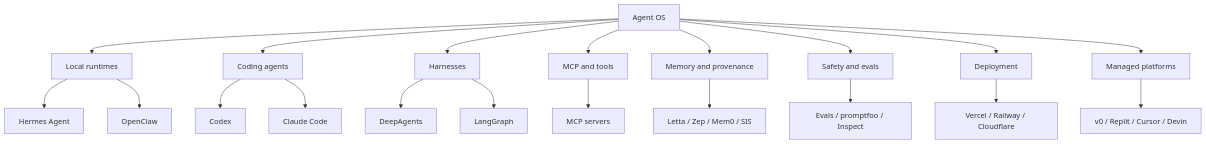
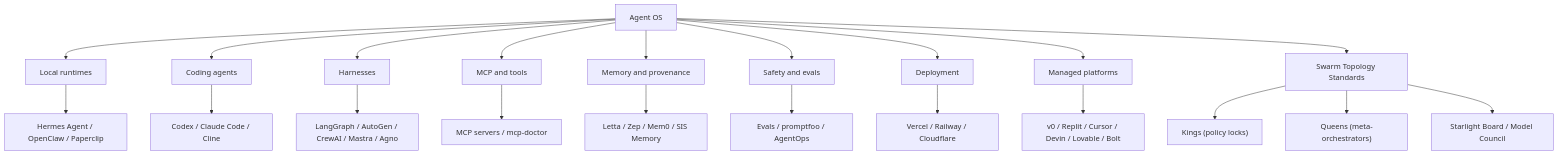
One commit to frankxai/awesome-agent-operating-systems changed the diagram in docs/landscape-map.md. Above: the diagram before and after it, drawn with Mermaid. The commit also changed 1 other file, not shown here.

Commit message:
docs: add Mastra, Agno, Paperclip, and Swarm Topology Standards to index

````diff
--- a/docs/landscape-map.md
+++ b/docs/landscape-map.md
@@ -3,22 +3,23 @@
 ```mermaid
 flowchart TB
   A["Agent OS"] --> B["Local runtimes"]
   A --> C["Coding agents"]
   A --> D["Harnesses"]
   A --> E["MCP and tools"]
   A --> F["Memory and provenance"]
   A --> G["Safety and evals"]
   A --> H["Deployment"]
   A --> I["Managed platforms"]
-  B --> B1["Hermes Agent"]
-  B --> B2["OpenClaw"]
-  C --> C1["Codex"]
-  C --> C2["Claude Code"]
-  D --> D1["DeepAgents"]
-  D --> D2["LangGraph"]
-  E --> E1["MCP servers"]
-  F --> F1["Letta / Zep / Mem0 / SIS"]
-  G --> G1["Evals / promptfoo / Inspect"]
+  A --> K["Swarm Topology Standards"]
+  B --> B1["Hermes Agent / OpenClaw / Paperclip"]
+  C --> C1["Codex / Claude Code / Cline"]
+  D --> D1["LangGraph / AutoGen / CrewAI / Mastra / Agno"]
+  E --> E1["MCP servers / mcp-doctor"]
+  F --> F1["Letta / Zep / Mem0 / SIS Memory"]
+  G --> G1["Evals / promptfoo / AgentOps"]
   H --> H1["Vercel / Railway / Cloudflare"]
-  I --> I1["v0 / Replit / Cursor / Devin"]
+  I --> I1["v0 / Replit / Cursor / Devin / Lovable / Bolt"]
+  K --> K1["Kings (policy locks)"]
+  K --> K2["Queens (meta-orchestrators)"]
+  K --> K3["Starlight Board / Model Council"]
 ```
````
